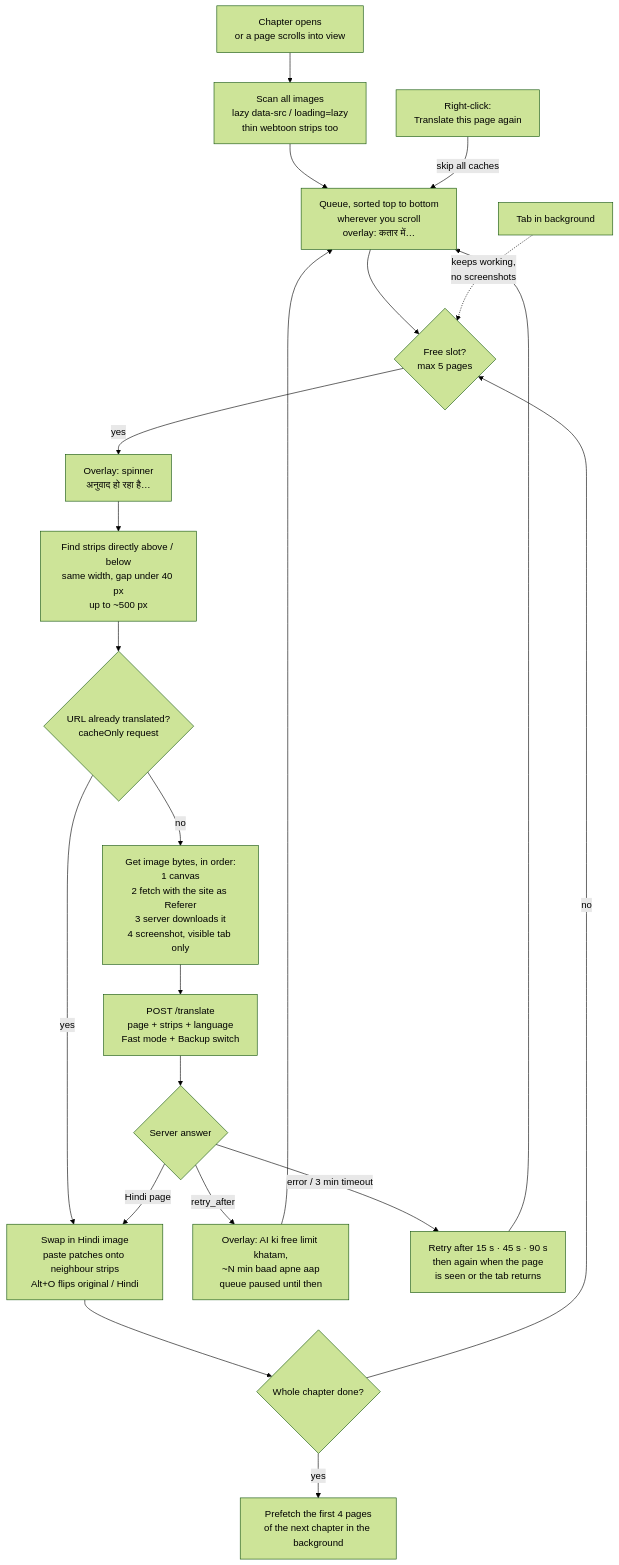
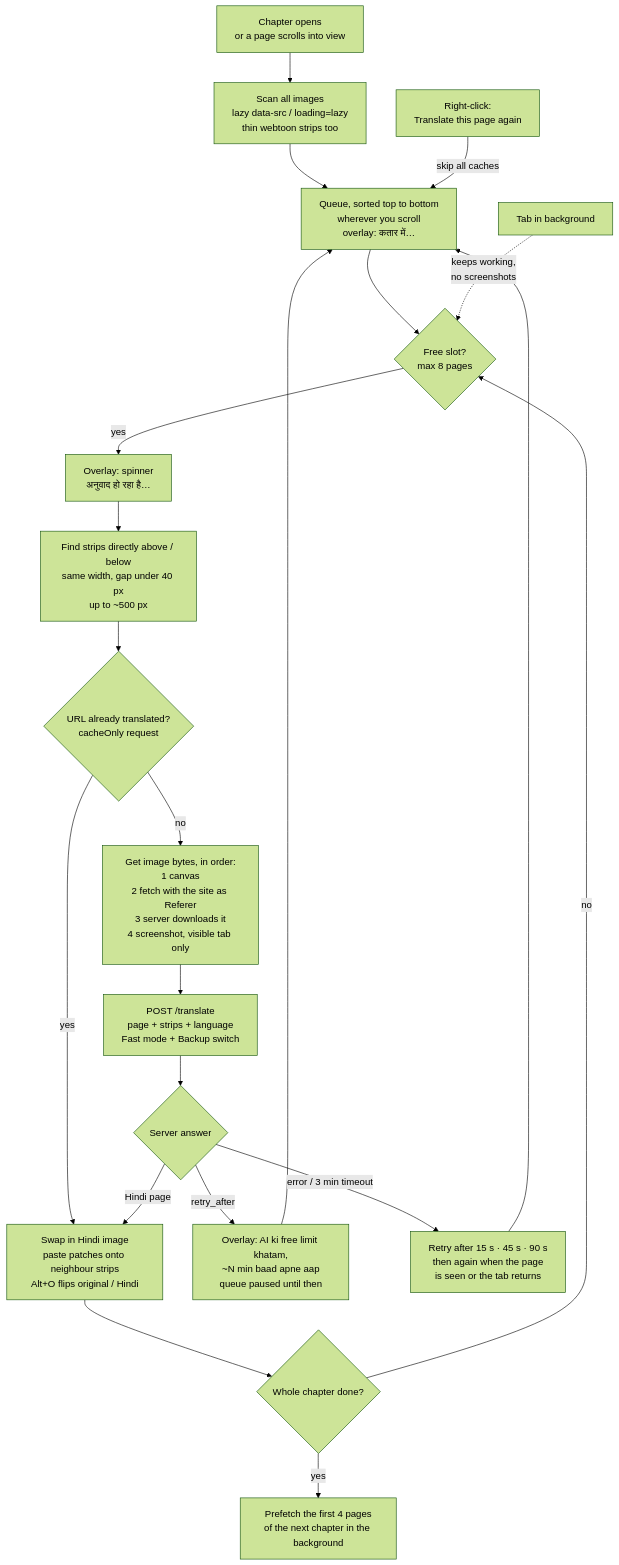
Before and after one commit to jitendra205saini/Manga-Translator: the second of 6 diagrams in README.md, drawn with Mermaid (forest theme). The commit also changed other lines of this file and 11 other files, not shown here.

````diff
--- a/README.md
+++ b/README.md
@@ -136,23 +136,23 @@
 ```mermaid
 flowchart TD
     A["Chapter opens<br/>or a page scrolls into view"] --> B["Scan all images<br/>lazy data-src / loading=lazy<br/>thin webtoon strips too"]
     B --> C["Queue, sorted top to bottom<br/>wherever you scroll<br/>overlay: कतार में…"]
-    C --> D{"Free slot?<br/>max 5 pages"}
+    C --> D{"Free slot?<br/>max 8 pages"}
     D -->|"yes"| E["Overlay: spinner<br/>अनुवाद हो रहा है…"]
     E --> F["Find strips directly above / below<br/>same width, gap under 40 px<br/>up to ~500 px"]
     F --> G{"URL already translated?<br/>cacheOnly request"}
     G -->|"no"| H["Get image bytes, in order:<br/>1 canvas<br/>2 fetch with the site as Referer<br/>3 server downloads it<br/>4 screenshot, visible tab only"]
     H --> I["POST /translate<br/>page + strips + language<br/>Fast mode + Backup switch"]
     G -->|"yes"| R
     I --> J{"Server answer"}
     J -->|"Hindi page"| R["Swap in Hindi image<br/>paste patches onto neighbour strips<br/>Alt+O flips original / Hindi"]
     J -->|"retry_after"| L["Overlay: AI ki free limit khatam,<br/>~N min baad apne aap<br/>queue paused until then"]
     J -->|"error / 3 min timeout"| T["Retry after 15 s · 45 s · 90 s<br/>then again when the page<br/>is seen or the tab returns"]
     L --> C
     T --> C
     R --> N{"Whole chapter done?"}
     N -->|"yes"| P["Prefetch the first 4 pages<br/>of the next chapter in the background"]
     N -->|"no"| D
     X["Right-click:<br/>Translate this page again"] -->|"skip all caches"| C
     Y["Tab in background"] -.->|"keeps working,<br/>no screenshots"| D
 ```
````
